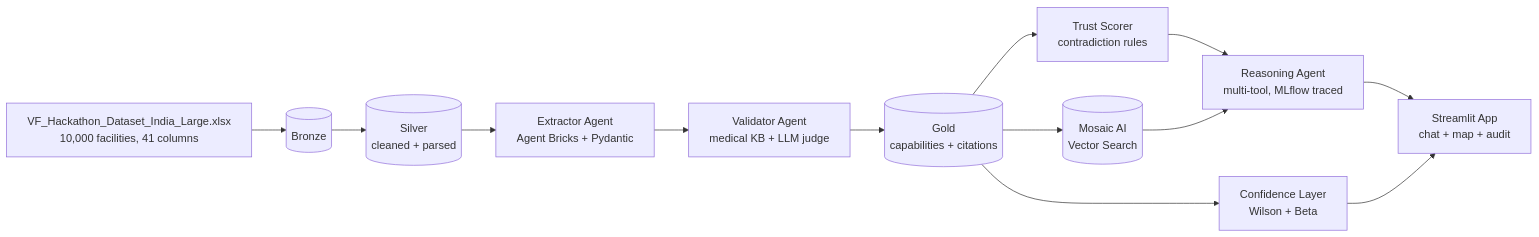
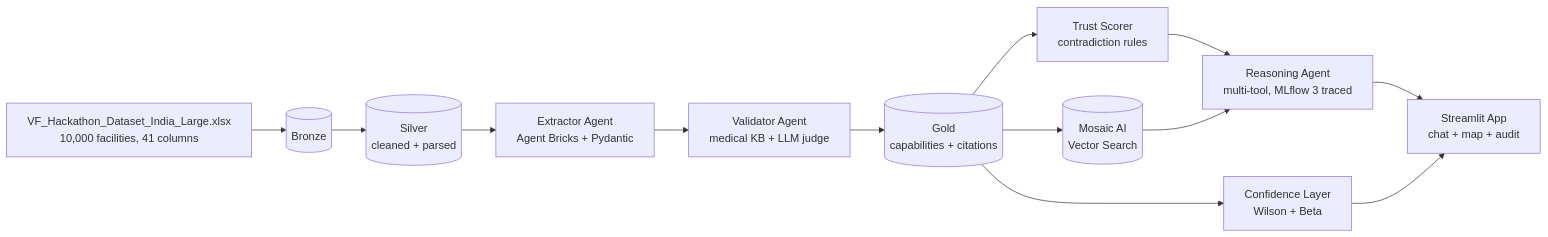
The diagram in README.md (Matej2405/LaboratorySubmission), drawn with Mermaid before and after one commit. The commit also changed other lines of this file, not shown here.

````diff
--- a/README.md
+++ b/README.md
@@ -13,15 +246,15 @@
 ```mermaid
 flowchart LR
     Excel[VF_Hackathon_Dataset_India_Large.xlsx<br/>10,000 facilities, 41 columns] --> Bronze[(Bronze)]
     Bronze --> Silver[(Silver<br/>cleaned + parsed)]
     Silver --> Extractor[Extractor Agent<br/>Agent Bricks + Pydantic]
     Extractor --> Validator[Validator Agent<br/>medical KB + LLM judge]
     Validator --> Gold[(Gold<br/>capabilities + citations)]
     Gold --> Trust[Trust Scorer<br/>contradiction rules]
     Gold --> VSearch[(Mosaic AI<br/>Vector Search)]
-    Trust --> Reasoner[Reasoning Agent<br/>multi-tool, MLflow traced]
+    Trust --> Reasoner[Reasoning Agent<br/>multi-tool, MLflow 3 traced]
     VSearch --> Reasoner
     Gold --> CI[Confidence Layer<br/>Wilson + Beta]
     Reasoner --> App[Streamlit App<br/>chat + map + audit]
     CI --> App
 ```
````
